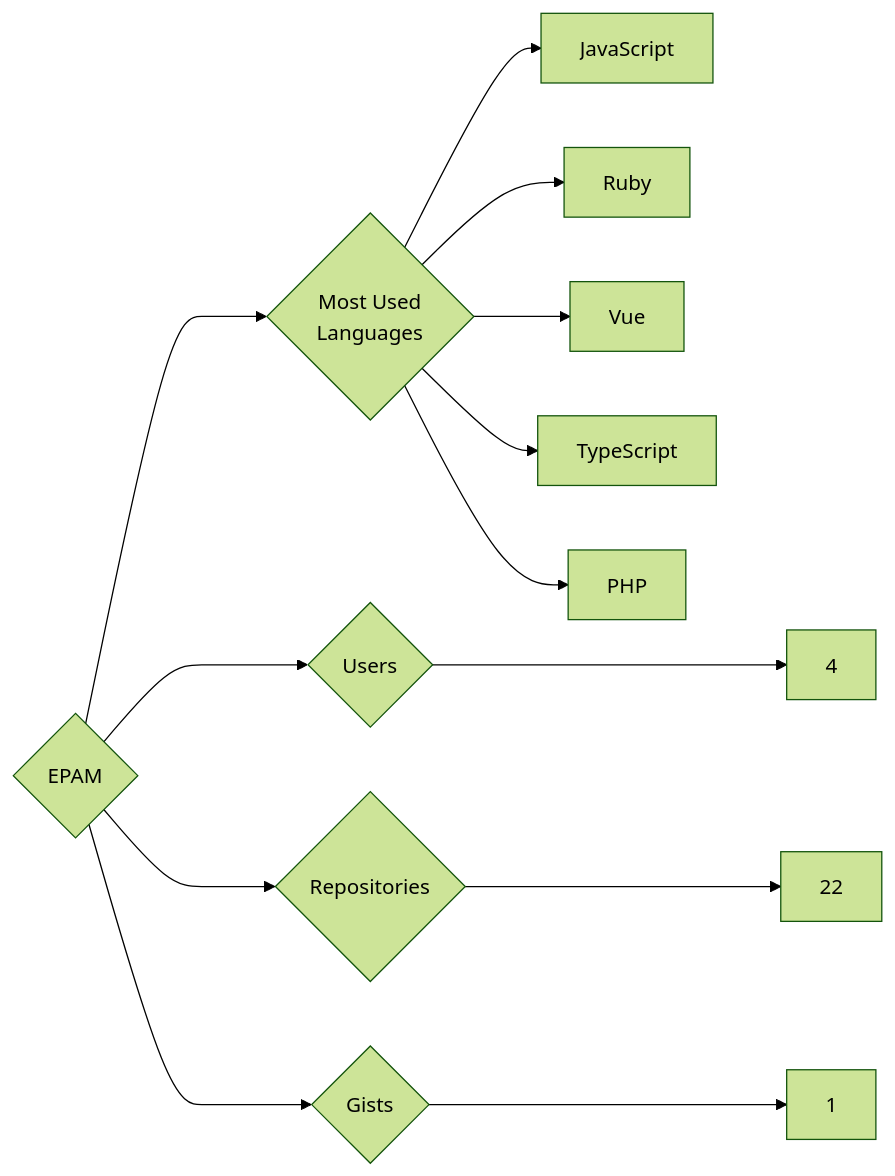
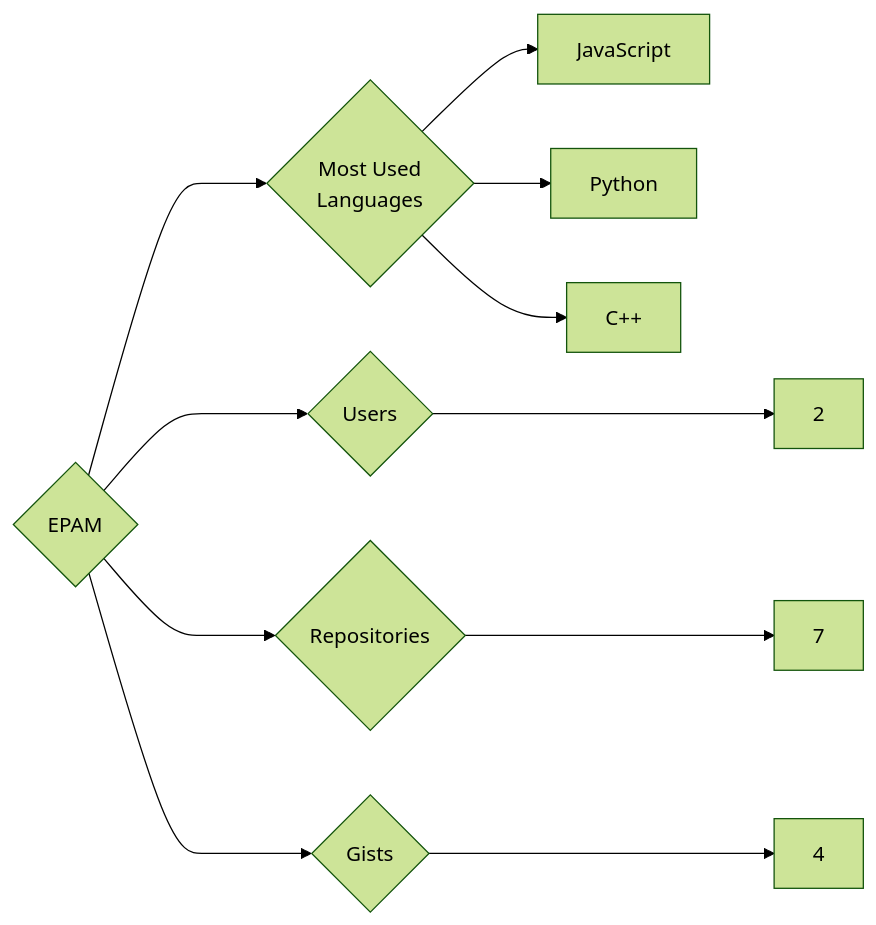
Before and after one commit to trickest/insiders: the diagram in targets/EPAM/README.md, drawn with Mermaid (forest theme). The commit also changed 865 other files, not shown here.

````diff
--- a/targets/EPAM/README.md
+++ b/targets/EPAM/README.md
@@ -3,13 +3,11 @@
 ```mermaid
 graph LR
 COMPANY_NAME{EPAM}
-COMPANY_NAME ---> U{Users} ---> UN[4]
-COMPANY_NAME ---> R{Repositories} ---> RN[22]
-COMPANY_NAME ---> G{Gists} ---> GN[1]
+COMPANY_NAME ---> U{Users} ---> UN[2]
+COMPANY_NAME ---> R{Repositories} ---> RN[7]
+COMPANY_NAME ---> G{Gists} ---> GN[4]
 COMPANY_NAME ---> ML{Most Used<br>Languages}
 ML --> JavaScript[JavaScript]
-ML --> Ruby[Ruby]
-ML --> Vue[Vue]
-ML --> TypeScript[TypeScript]
-ML --> PHP[PHP]
+ML --> Python[Python]
+ML --> C++[C++]
 ```
````
